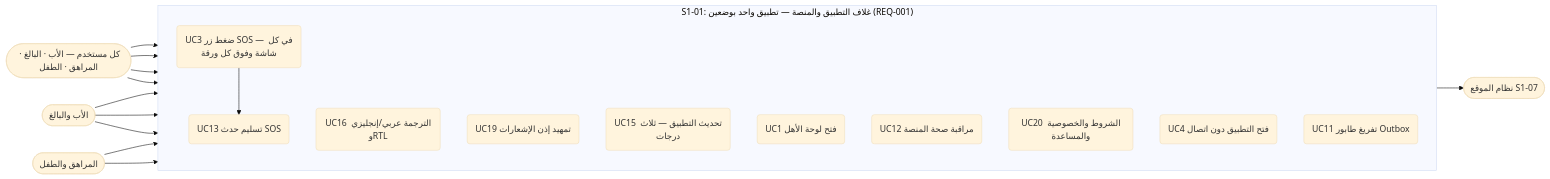
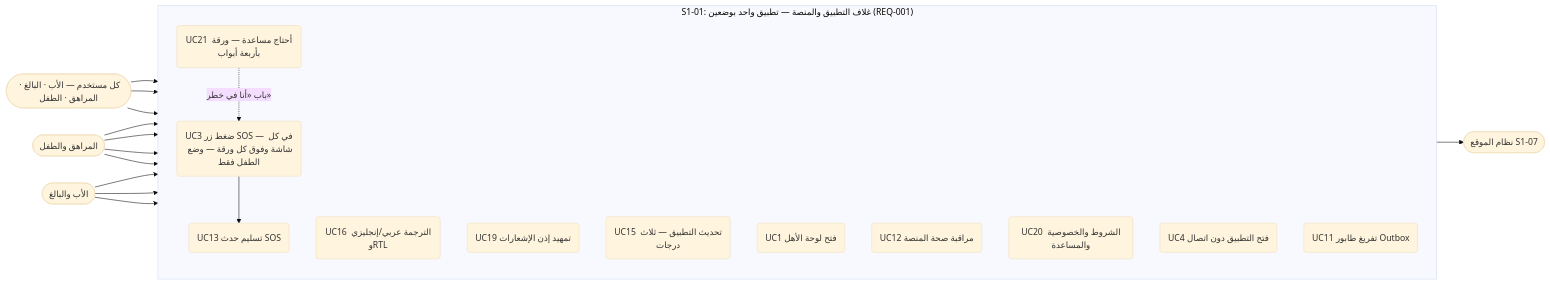
Before and after one commit to Bassam-mohammed-alqaeadi/family-os-v2: the first of 15 diagrams in docs/family-os/governance/phases/phase-1/S1-01-app-shell-and-platform/DIAGRAMS.md, drawn with Mermaid (base theme). The commit also changed other lines of this file and 22 other files, not shown here.

First line of the commit message:
docs(phase-1): redraw diagrams of the ten systems on the approved design (Q-428)

````diff
--- a/docs/family-os/governance/phases/phase-1/S1-01-app-shell-and-platform/DIAGRAMS.md
+++ b/docs/family-os/governance/phases/phase-1/S1-01-app-shell-and-platform/DIAGRAMS.md
@@ -19,33 +20,36 @@
 ```mermaid
 flowchart LR
     Everyone([كل مستخدم — الأب · البالغ · المراهق · الطفل])
     Parents([الأب والبالغ])
     Kids([المراهق والطفل])
     S107([نظام الموقع S1-07])
 
     subgraph S101a ["S1-01: غلاف التطبيق والمنصة — تطبيق واحد بوضعين (REQ-001)"]
         direction TB
-        UC3(UC3 ضغط زر SOS — في كل شاشة وفوق كل ورقة)
+        UC3(UC3 ضغط زر SOS — في كل شاشة وفوق كل ورقة — وضع الطفل فقط)
+        UC21(UC21 أحتاج مساعدة — ورقة بأربعة أبواب)
         UC13(UC13 تسليم حدث SOS)
         UC16(UC16 الترجمة عربي/إنجليزي وRTL)
         UC19(UC19 تمهيد إذن الإشعارات)
         UC15(UC15 تحديث التطبيق — ثلاث درجات)
         UC1(UC1 فتح لوحة الأهل)
         UC12(UC12 مراقبة صحة المنصة)
         UC20(UC20 الشروط والخصوصية والمساعدة)
         UC4(UC4 فتح التطبيق دون اتصال)
         UC11(UC11 تفريغ طابور Outbox)
     end
 
-    Everyone --> UC3
+    Kids --> UC3
+    Kids --> UC21
+    UC21 -.->|باب «أنا في خطر»| UC3
     Everyone --> UC16
     Everyone --> UC19
     Everyone --> UC15
     UC3 --> UC13
     UC13 --> S107
     Parents --> UC1
     Parents --> UC12
     Parents --> UC20
     Kids --> UC4
     Kids --> UC11
 ```
````
